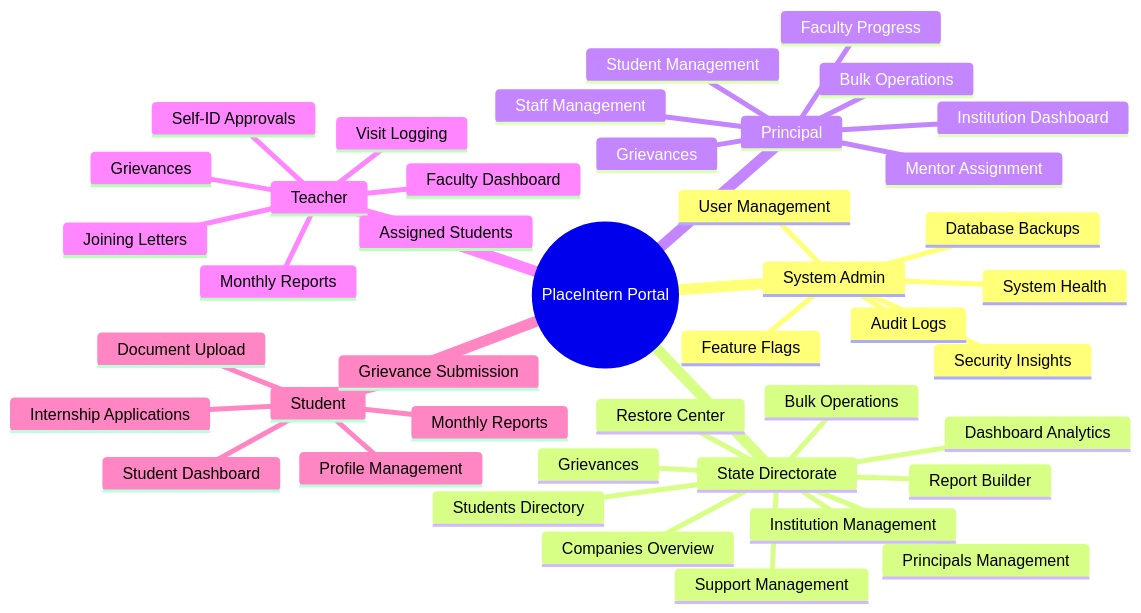
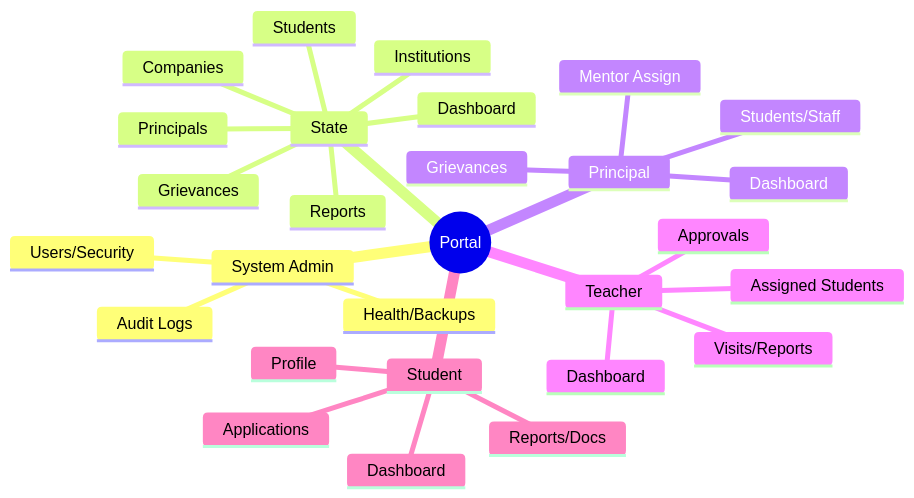
One commit to gunjangupta-gh/placeintern changed the third of 58 diagrams in INTERNSHIP_PORTAL_FLOW_DIAGRAMS.md. Above: the diagram before and after it, drawn with Mermaid. The commit also changed other lines of this file and 6 other files, not shown here.

````diff
--- a/INTERNSHIP_PORTAL_FLOW_DIAGRAMS.md
+++ b/INTERNSHIP_PORTAL_FLOW_DIAGRAMS.md
@@ -86,45 +51,31 @@
 ```mermaid
 mindmap
-  root((PlaceIntern Portal))
+  root((Portal))
     System Admin
-      System Health
-      User Management
-      Database Backups
-      Security Insights
-      Feature Flags
+      Health/Backups
+      Users/Security
       Audit Logs
-    State Directorate
-      Dashboard Analytics
-      Institution Management
-      Principals Management
-      Students Directory
-      Companies Overview
-      Report Builder
-      Bulk Operations
-      Restore Center
+    State
+      Dashboard
+      Institutions
+      Principals
+      Students
+      Companies
+      Reports
       Grievances
-      Support Management
     Principal
-      Institution Dashboard
-      Student Management
-      Staff Management
-      Mentor Assignment
-      Faculty Progress
+      Dashboard
+      Students/Staff
+      Mentor Assign
       Grievances
-      Bulk Operations
     Teacher
-      Faculty Dashboard
+      Dashboard
       Assigned Students
-      Visit Logging
-      Monthly Reports
-      Joining Letters
-      Self-ID Approvals
-      Grievances
+      Visits/Reports
+      Approvals
     Student
-      Student Dashboard
-      Profile Management
-      Internship Applications
-      Monthly Reports
-      Document Upload
-      Grievance Submission
+      Dashboard
+      Profile
+      Applications
+      Reports/Docs
 ```
````
